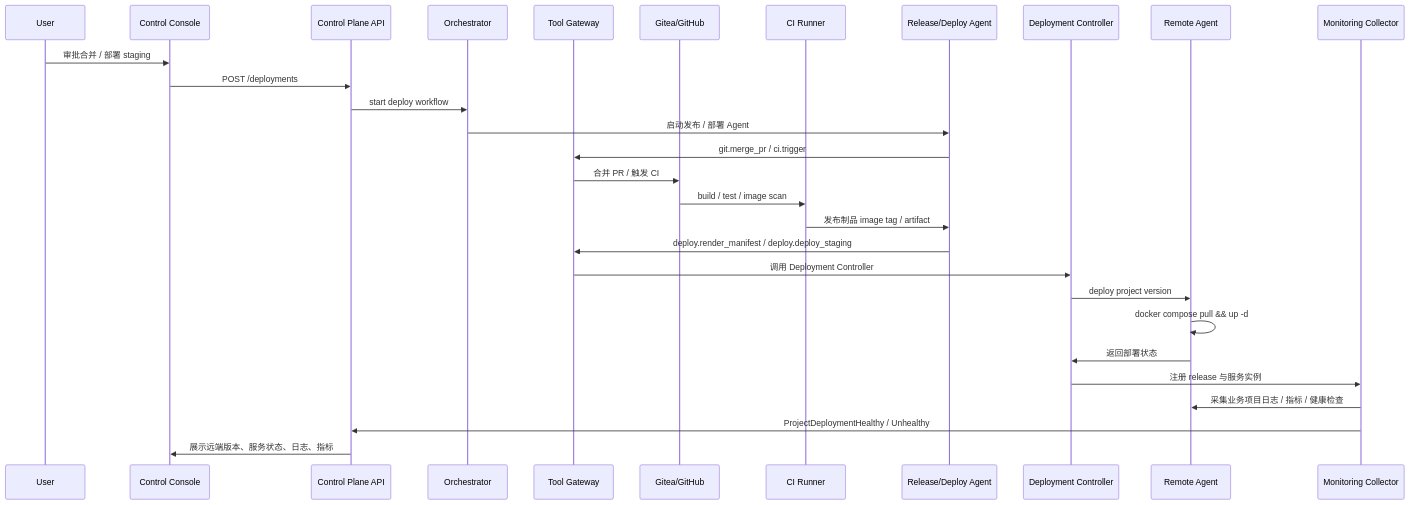
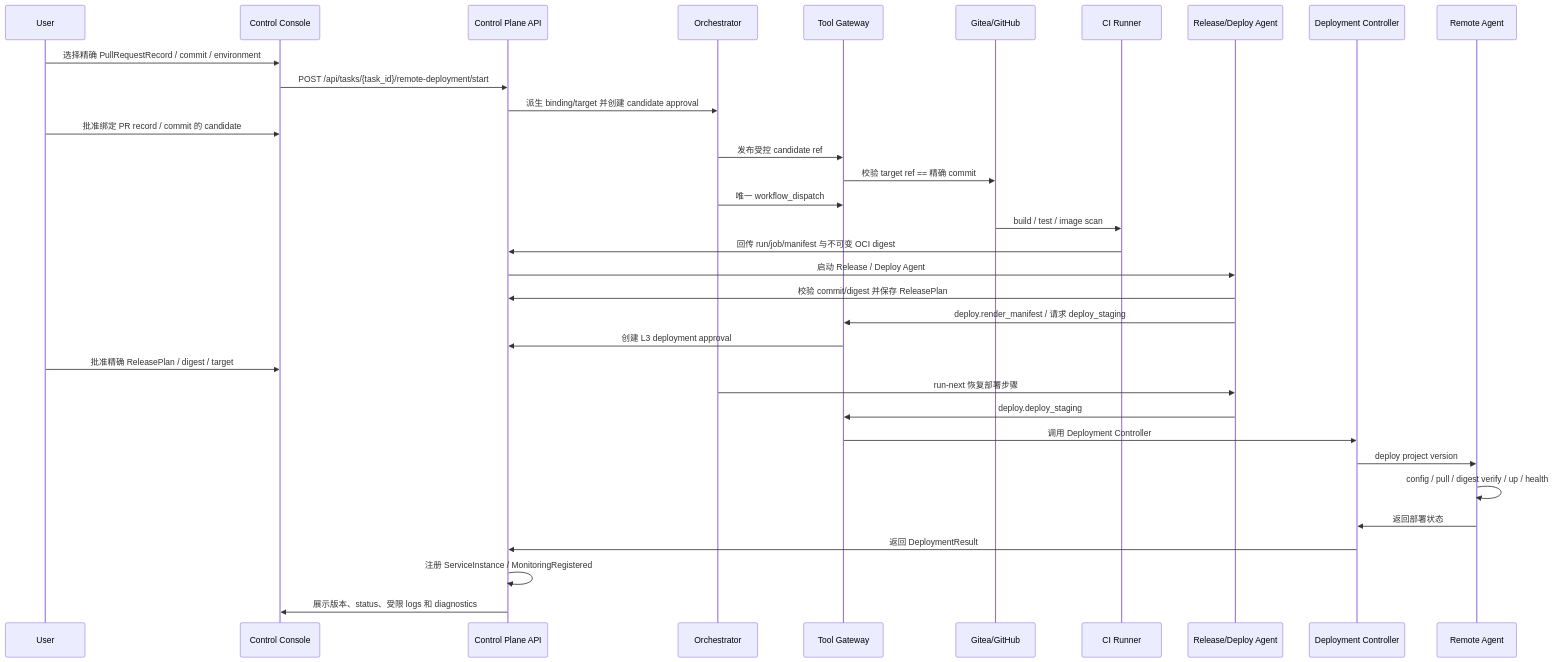
One commit to ChaceQC/CloudHelm changed the diagram in docs/06-workflows/01-pr-to-remote-deploy.md. Above: the diagram before and after it, drawn with Mermaid. The commit also changed other lines of this file and 36 other files, not shown here.

````diff
--- a/docs/06-workflows/01-pr-to-remote-deploy.md
+++ b/docs/06-workflows/01-pr-to-remote-deploy.md
@@ -19,32 +22,37 @@
 ```mermaid
 sequenceDiagram
     participant U as User
     participant C as Control Console
     participant API as Control Plane API
     participant O as Orchestrator
     participant T as Tool Gateway
     participant G as Gitea/GitHub
     participant CI as CI Runner
     participant RA as Release/Deploy Agent
     participant D as Deployment Controller
     participant R as Remote Agent
-    participant M as Monitoring Collector
 
-    U->>C: 审批合并 / 部署 staging
-    C->>API: POST /deployments
-    API->>O: start deploy workflow
-    O->>RA: 启动发布 / 部署 Agent
-    RA->>T: git.merge_pr / ci.trigger
-    T->>G: 合并 PR / 触发 CI
+    U->>C: 选择精确 PullRequestRecord / commit / environment
+    C->>API: POST /api/tasks/{task_id}/remote-deployment/start
+    API->>O: 派生 binding/target 并创建 candidate approval
+    U->>C: 批准绑定 PR record / commit 的 candidate
+    O->>T: 发布受控 candidate ref
+    T->>G: 校验 target ref == 精确 commit
+    O->>T: 唯一 workflow_dispatch
     G->>CI: build / test / image scan
-    CI->>RA: 发布制品 image tag / artifact
-    RA->>T: deploy.render_manifest / deploy.deploy_staging
+    CI->>API: 回传 run/job/manifest 与不可变 OCI digest
+    API->>RA: 启动 Release / Deploy Agent
+    RA->>API: 校验 commit/digest 并保存 ReleasePlan
+    RA->>T: deploy.render_manifest / 请求 deploy_staging
+    T->>API: 创建 L3 deployment approval
+    U->>C: 批准精确 ReleasePlan / digest / target
+    O->>RA: run-next 恢复部署步骤
+    RA->>T: deploy.deploy_staging
     T->>D: 调用 Deployment Controller
     D->>R: deploy project version
-    R->>R: docker compose pull && up -d
+    R->>R: config / pull / digest verify / up / health
     R->>D: 返回部署状态
-    D->>M: 注册 release 与服务实例
-    M->>R: 采集业务项目日志 / 指标 / 健康检查
-    M->>API: ProjectDeploymentHealthy / Unhealthy
-    API->>C: 展示远端版本、服务状态、日志、指标
+    D->>API: 返回 DeploymentResult
+    API->>API: 注册 ServiceInstance / MonitoringRegistered
+    API->>C: 展示版本、status、受限 logs 和 diagnostics
 ```
````
